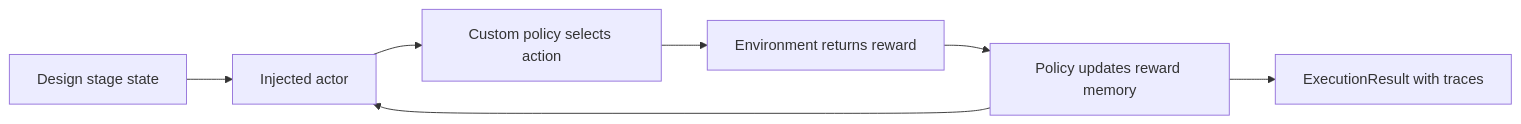
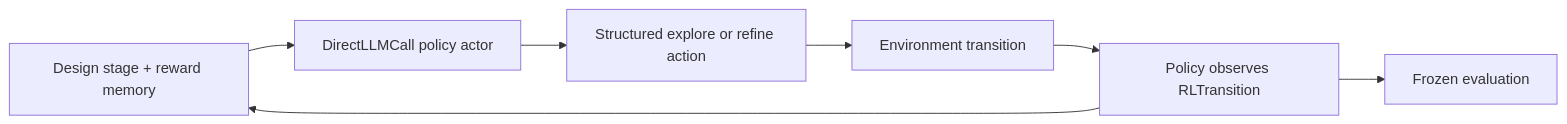
One commit to cmudrc/design-research-agents changed the diagram in docs/examples/patterns/reinforcement_learning_custom_policy.rst. Above: the diagram before and after it, drawn with Mermaid. The commit also changed other lines of this file and 14 other files, not shown here.

```diff
--- a/docs/examples/patterns/reinforcement_learning_custom_policy.rst
+++ b/docs/examples/patterns/reinforcement_learning_custom_policy.rst
@@ -25,9 +25,9 @@
 .. mermaid::
 
    flowchart LR
-       A["Design stage state"] --> B["Injected actor"]
-       B --> C["Custom policy selects action"]
-       C --> D["Environment returns reward"]
-       D --> E["Policy updates reward memory"]
-       E --> B
-       E --> F["ExecutionResult with traces"]
+       A["Design stage + reward memory"] --> B["DirectLLMCall policy actor"]
+       B --> C["Structured explore or refine action"]
+       C --> D["Environment transition"]
+       D --> E["Policy observes RLTransition"]
+       E --> A
+       E --> F["Frozen evaluation"]
```
